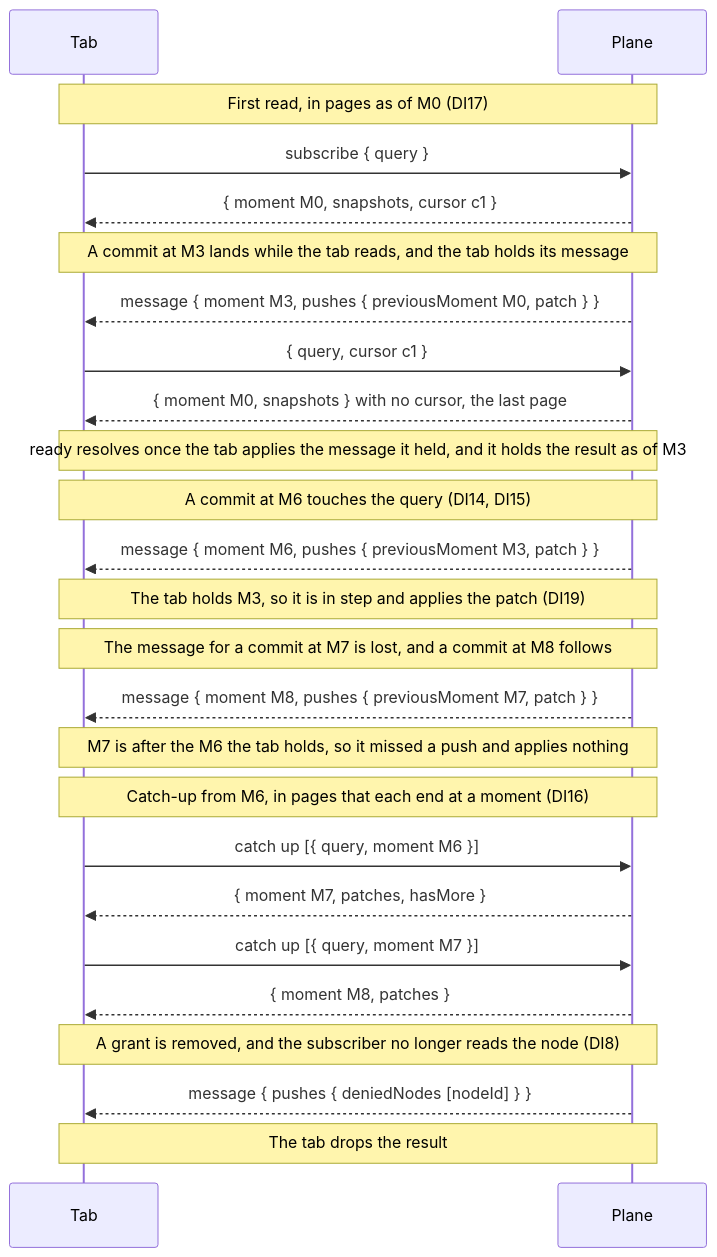
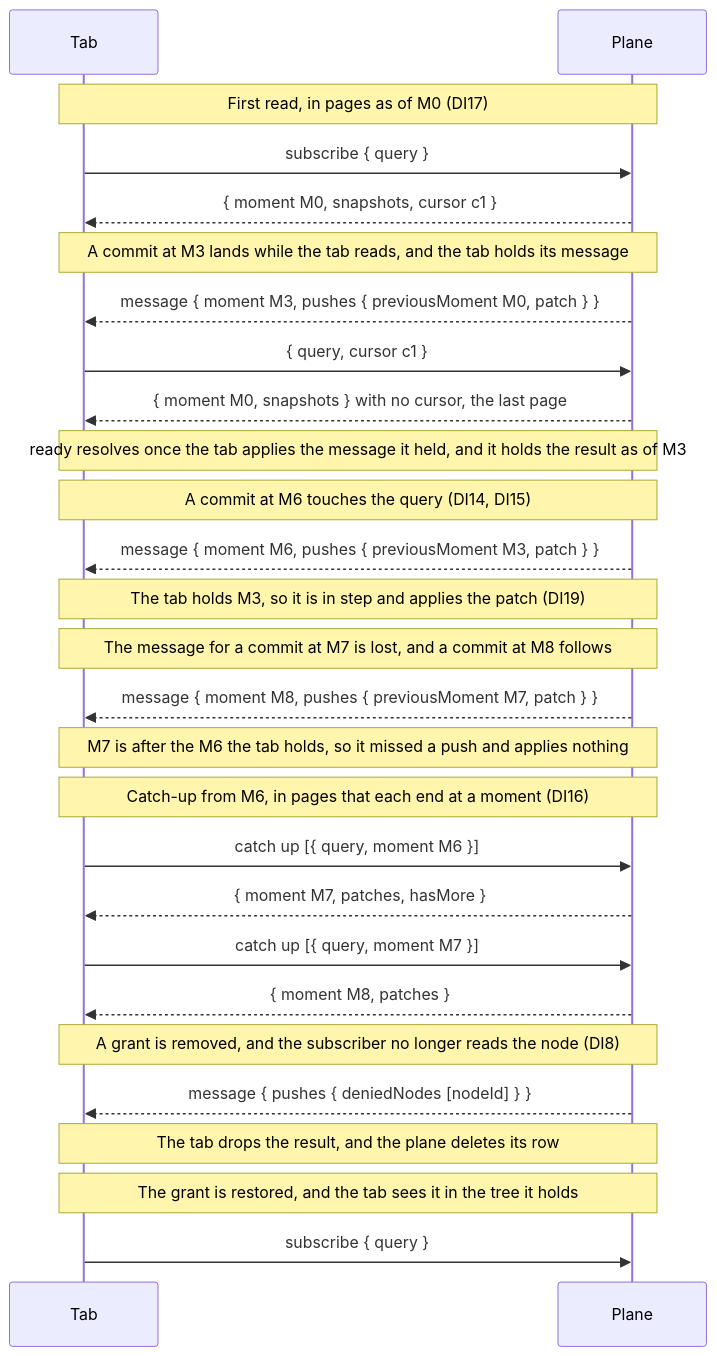
The diagram in tasks/nebula-query-upgrade.md (lumenize/lumenize), drawn with Mermaid before and after one commit. The commit also changed other lines of this file, not shown here.

Commit message:
tasks: query-upgrade writes no row for a denied subscribe, and the tab learns from the tree when to ask again (D35)

````diff
--- a/tasks/nebula-query-upgrade.md
+++ b/tasks/nebula-query-upgrade.md
@@ -149,27 +149,29 @@
 ```mermaid
 sequenceDiagram
   participant T as Tab
   participant P as Plane
   Note over T,P: First read, in pages as of M0 (DI17)
   T->>P: subscribe { query }
   P-->>T: { moment M0, snapshots, cursor c1 }
   Note over T,P: A commit at M3 lands while the tab reads, and the tab holds its message
   P-->>T: message { moment M3, pushes { previousMoment M0, patch } }
   T->>P: { query, cursor c1 }
   P-->>T: { moment M0, snapshots } with no cursor, the last page
   Note over T,P: ready resolves once the tab applies the message it held, and it holds the result as of M3
   Note over T,P: A commit at M6 touches the query (DI14, DI15)
   P-->>T: message { moment M6, pushes { previousMoment M3, patch } }
   Note over T,P: The tab holds M3, so it is in step and applies the patch (DI19)
   Note over T,P: The message for a commit at M7 is lost, and a commit at M8 follows
   P-->>T: message { moment M8, pushes { previousMoment M7, patch } }
   Note over T,P: M7 is after the M6 the tab holds, so it missed a push and applies nothing
   Note over T,P: Catch-up from M6, in pages that each end at a moment (DI16)
   T->>P: catch up [{ query, moment M6 }]
   P-->>T: { moment M7, patches, hasMore }
   T->>P: catch up [{ query, moment M7 }]
   P-->>T: { moment M8, patches }
   Note over T,P: A grant is removed, and the subscriber no longer reads the node (DI8)
   P-->>T: message { pushes { deniedNodes [nodeId] } }
-  Note over T,P: The tab drops the result
+  Note over T,P: The tab drops the result, and the plane deletes its row
+  Note over T,P: The grant is restored, and the tab sees it in the tree it holds
+  T->>P: subscribe { query }
 ```
````
